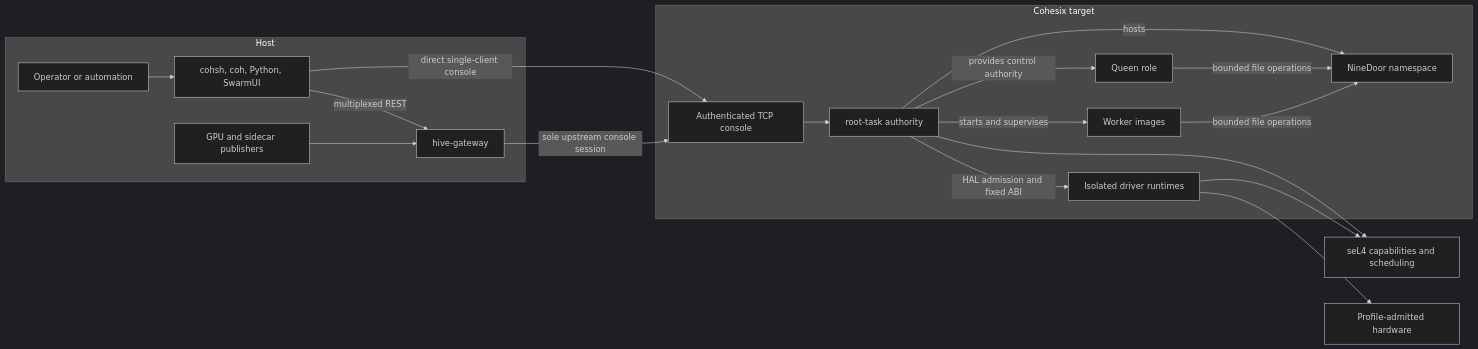
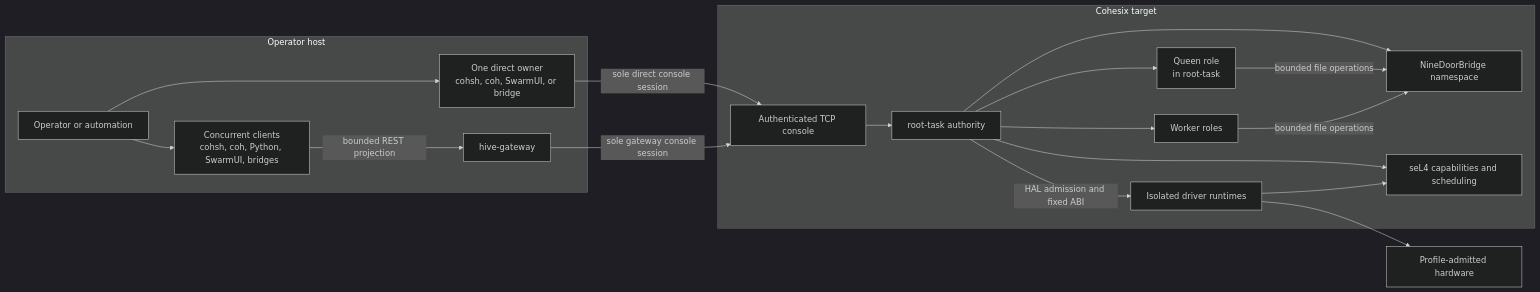
The diagram in README.md (lukeb-aidev/cohesix), drawn with Mermaid (dark theme) before and after one commit. The commit also changed other lines of this file and 4 other files, not shown here.

````diff
--- a/README.md
+++ b/README.md
@@ -68,37 +76,37 @@
 ```mermaid
 flowchart LR
-  subgraph Host[Host]
+  subgraph Host[Operator host]
     Operator[Operator or automation]
-    Clients[cohsh, coh, Python, SwarmUI]
+    Direct["One direct owner\ncohsh, coh, SwarmUI, or bridge"]
+    Shared["Concurrent clients\ncohsh, coh, Python, SwarmUI, bridges"]
     Gateway[hive-gateway]
-    Publishers[GPU and sidecar publishers]
-    Operator --> Clients
-    Clients -->|multiplexed REST| Gateway
-    Publishers --> Gateway
+    Operator --> Direct
+    Operator --> Shared
+    Shared -->|bounded REST projection| Gateway
   end
 
   subgraph Target[Cohesix target]
     Console[Authenticated TCP console]
     Root[root-task authority]
-    NineDoor[NineDoor namespace]
-    Queen[Queen role]
-    Workers[Worker images]
+    Namespace[NineDoorBridge namespace]
+    Queen["Queen role\nin root-task"]
+    Workers[Worker roles]
     Drivers[Isolated driver runtimes]
-    Root -->|hosts| NineDoor
-    Root -->|provides control authority| Queen
-    Root -->|starts and supervises| Workers
-    Queen -->|bounded file operations| NineDoor
-    Workers -->|bounded file operations| NineDoor
+    Kernel[seL4 capabilities and scheduling]
+    Console --> Root
+    Root --> Namespace
+    Root --> Queen
+    Root --> Workers
+    Queen -->|bounded file operations| Namespace
+    Workers -->|bounded file operations| Namespace
     Root -->|HAL admission and fixed ABI| Drivers
+    Root --> Kernel
+    Drivers --> Kernel
   end
 
-  Kernel[seL4 capabilities and scheduling]
   Hardware[Profile-admitted hardware]
 
-  Clients -->|direct single-client console| Console
-  Gateway -->|sole upstream console session| Console
-  Console --> Root
-  Root --> Kernel
-  Drivers --> Kernel
+  Direct -->|sole direct console session| Console
+  Gateway -->|sole gateway console session| Console
   Drivers --> Hardware
 ```
````
